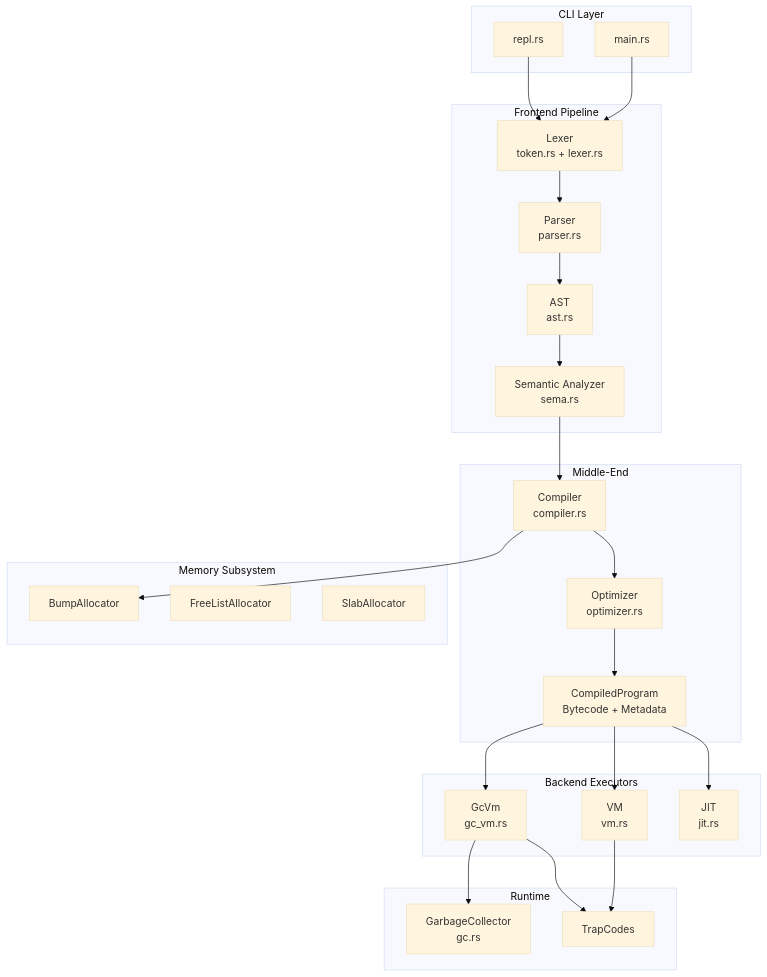
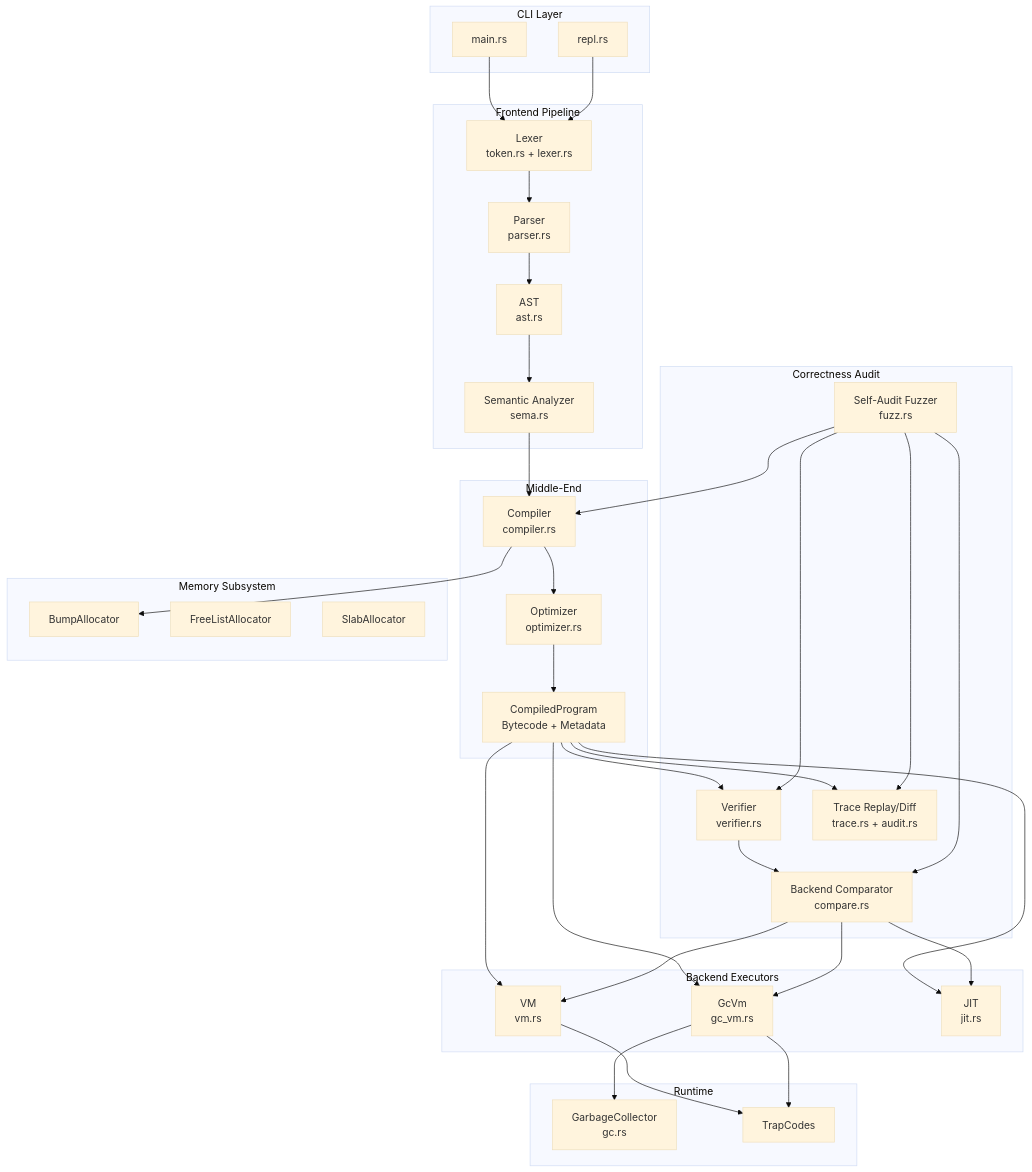
One commit to Yumekaz/Qydrel changed the diagram in docs/system-artifact.md. Above: the diagram before and after it, drawn with Mermaid (base theme). The commit also changed other lines of this file and 12 other files, not shown here.

Commit message:
Build correctness lab audit evidence

````diff
--- a/docs/system-artifact.md
+++ b/docs/system-artifact.md
@@ -64,53 +64,70 @@
 ```mermaid
 flowchart TB
     subgraph CLI["CLI Layer"]
         main[main.rs]
         repl[repl.rs]
     end
 
     subgraph Frontend["Frontend Pipeline"]
         lexer[Lexer<br/>token.rs + lexer.rs]
         parser[Parser<br/>parser.rs]
         ast[AST<br/>ast.rs]
         sema[Semantic Analyzer<br/>sema.rs]
     end
 
     subgraph MiddleEnd["Middle-End"]
         compiler[Compiler<br/>compiler.rs]
         optimizer[Optimizer<br/>optimizer.rs]
         bytecode[CompiledProgram<br/>Bytecode + Metadata]
+    end
+
+    subgraph Audit["Correctness Audit"]
+        verifier[Verifier<br/>verifier.rs]
+        compare[Backend Comparator<br/>compare.rs]
+        trace[Trace Replay/Diff<br/>trace.rs + audit.rs]
+        fuzz[Self-Audit Fuzzer<br/>fuzz.rs]
     end
 
     subgraph Backend["Backend Executors"]
         vm[VM<br/>vm.rs]
         gcvm[GcVm<br/>gc_vm.rs]
         jit[JIT<br/>jit.rs]
     end
 
     subgraph Memory["Memory Subsystem"]
         bump[BumpAllocator]
         freelist[FreeListAllocator]
         slab[SlabAllocator]
     end
 
     subgraph Runtime["Runtime"]
         gc[GarbageCollector<br/>gc.rs]
         traps[TrapCodes]
     end
 
     main --> lexer
     repl --> lexer
     lexer --> parser
     parser --> ast
     ast --> sema
     sema --> compiler
     compiler --> optimizer
     optimizer --> bytecode
+    bytecode --> verifier
+    verifier --> compare
+    bytecode --> trace
+    fuzz --> compiler
+    fuzz --> verifier
+    fuzz --> compare
+    fuzz --> trace
     bytecode --> vm
     bytecode --> gcvm
     bytecode --> jit
+    compare --> vm
+    compare --> gcvm
+    compare --> jit
     gcvm --> gc
     vm --> traps
     gcvm --> traps
     compiler --> bump
 ```
````
